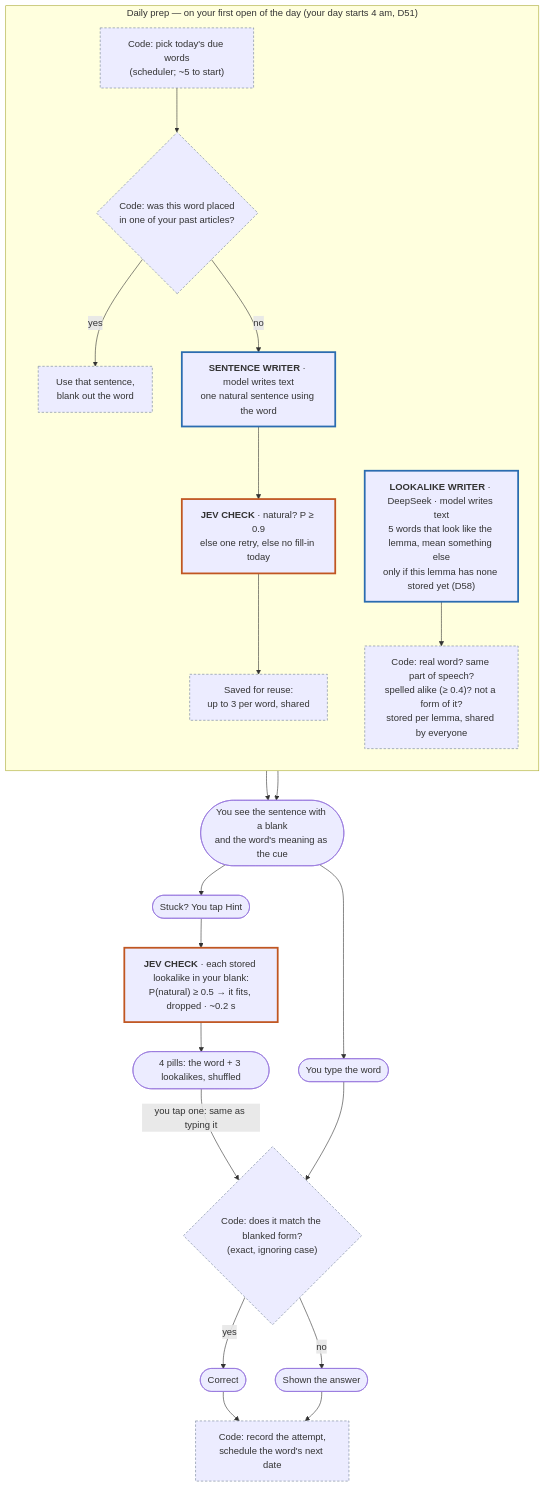
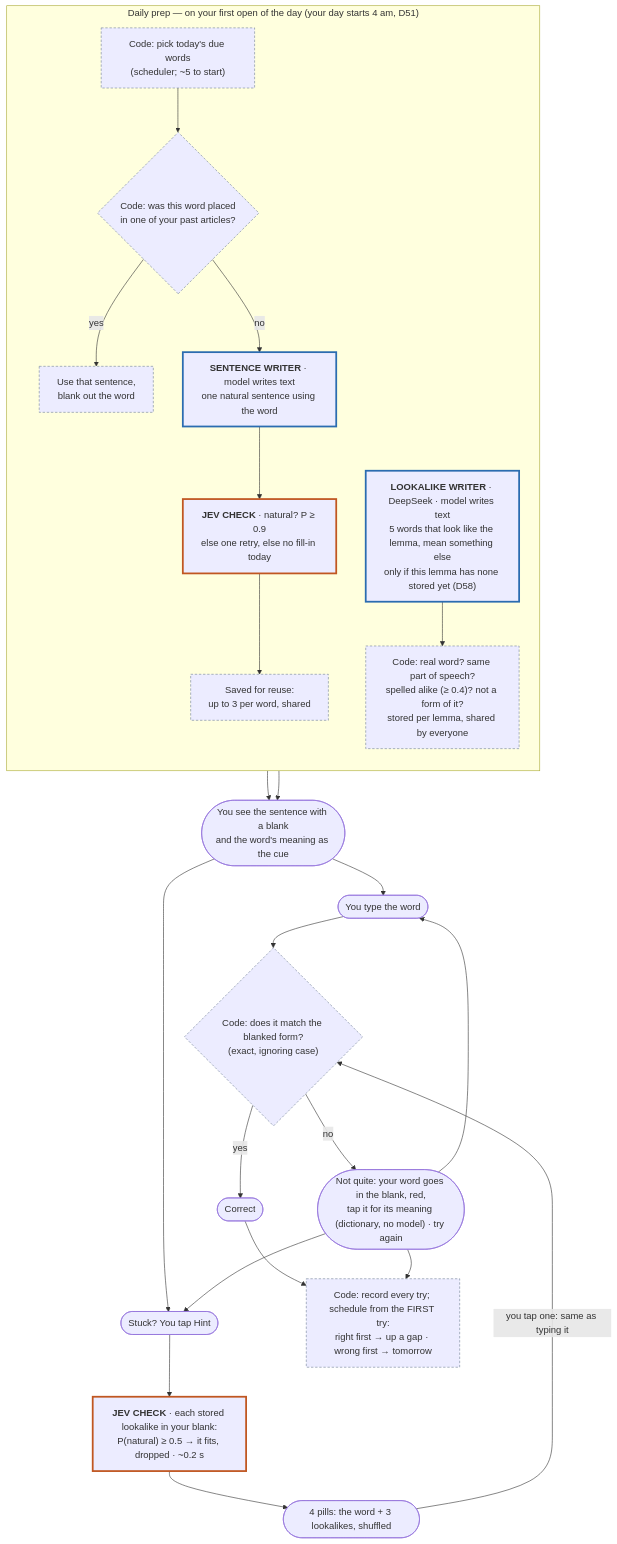
The diagram in diagrams/flow-fill-in-the-word.md (nurgazik/RetAIn), drawn with Mermaid before and after one commit. The commit also changed 8 other files, not shown here.

Commit message:
Fill-in retries: wrong answers stay hidden, tappable meaning, first try schedules

````diff
--- a/diagrams/flow-fill-in-the-word.md
+++ b/diagrams/flow-fill-in-the-word.md
@@ -5,29 +5,31 @@
 ```mermaid
 flowchart TD
     subgraph PREP["Daily prep — on your first open of the day (your day starts 4 am, D51)"]
         direction TB
         P1["Code: pick today's due words<br/>(scheduler; ~5 to start)"]:::code --> P2{"Code: was this word placed<br/>in one of your past articles?"}:::code
         P2 -- yes --> P3["Use that sentence,<br/>blank out the word"]:::code
         P2 -- no --> P4["<b>SENTENCE WRITER</b> · model writes text<br/>one natural sentence using the word"]:::writer
         P6 --> P5["Saved for reuse:<br/>up to 3 per word, shared"]:::code
         P4 --> P6["<b>JEV CHECK</b> · natural? P ≥ 0.9<br/>else one retry, else no fill-in today"]:::gate
         P7["<b>LOOKALIKE WRITER</b> · DeepSeek · model writes text<br/>5 words that look like the lemma, mean something else<br/>only if this lemma has none stored yet (D58)"]:::writer --> P8["Code: real word? same part of speech?<br/>spelled alike (≥ 0.4)? not a form of it?<br/>stored per lemma, shared by everyone"]:::code
     end
 
     P3 --> X
     P5 --> X
     X([You see the sentence with a blank<br/>and the word's meaning as the cue]) --> Y([You type the word])
     X --> H([Stuck? You tap Hint])
     H --> H1["<b>JEV CHECK</b> · each stored lookalike in your blank:<br/>P(natural) ≥ 0.5 → it fits, dropped · ~0.2 s"]:::gate
     H1 --> H2([4 pills: the word + 3 lookalikes, shuffled])
     H2 -- "you tap one: same as typing it" --> Z
     Y --> Z{"Code: does it match the blanked form?<br/>(exact, ignoring case)"}:::code
     Z -- yes --> OK([Correct])
-    Z -- no --> NO([Shown the answer])
-    OK --> S["Code: record the attempt,<br/>schedule the word's next date"]:::code
+    Z -- no --> NO(["Not quite: your word goes in the blank, red,<br/>tap it for its meaning (dictionary, no model) · try again"])
+    NO --> Y
+    NO --> H
+    OK --> S["Code: record every try; schedule from the FIRST try:<br/>right first → up a gap · wrong first → tomorrow"]:::code
     NO --> S
 
     classDef writer stroke:#2b6cb0,stroke-width:3px
     classDef gate stroke:#c05621,stroke-width:3px
     classDef code stroke:#718096,stroke-dasharray:4 3
 ```
````
